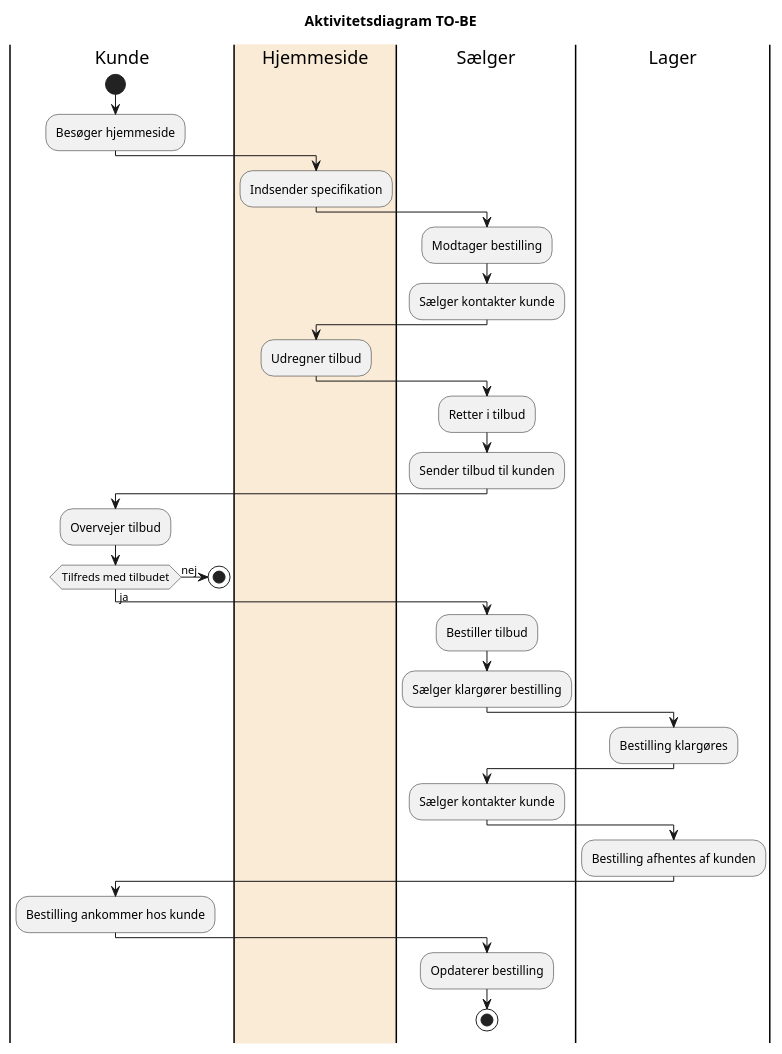
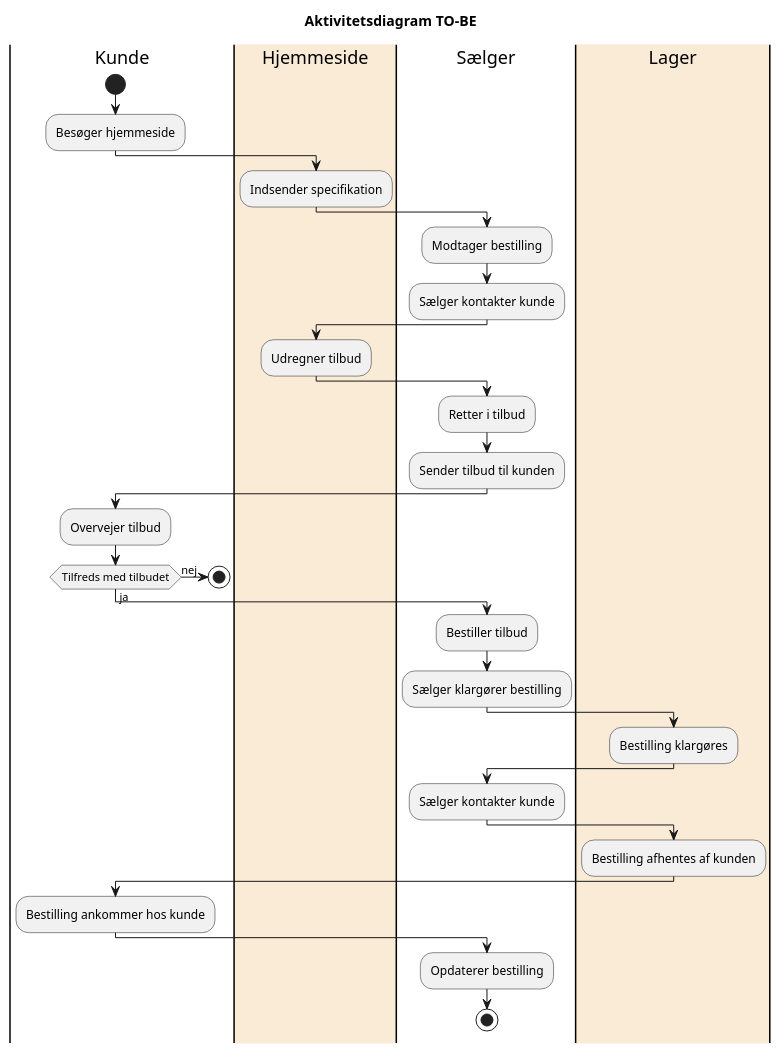
One commit to codergram/Fog changed the diagram in src/main/UML/CupCake_Activity_TO-BE.puml. Above: the diagram before and after it, drawn with PlantUML. The commit also changed 4 other files, not shown here.

Commit message:
aktivitest diagrammer

```diff
--- a/src/main/UML/CupCake_Activity_TO-BE.puml
+++ b/src/main/UML/CupCake_Activity_TO-BE.puml
@@ -1,60 +1,60 @@
 @startuml
 Title Aktivitetsdiagram TO-BE
 
 |Kunde|
 start
 :Besøger hjemmeside;
 
 |#AntiqueWhite|Hjemmeside|
 :Indsender specifikation;
 
 |Sælger|
 :Modtager bestilling;
 :Sælger kontakter kunde;
 
 |#AntiqueWhite|Hjemmeside|
 :Udregner tilbud;
 
 |Sælger|
 :Retter i tilbud;
 :Sender tilbud til kunden;
 
 |Kunde|
 :Overvejer tilbud;
     if (Tilfreds med tilbudet) equals (nej) then
 '    |Sælger|
 '    :Afviser tilbud;
 '
 '    |Sælger|
 '    :Sælger får afvisning og opsøger
 '    kunden på ny mht. et evt. ny tilbud;
     stop
 
     else (ja)
     |Sælger|
     :Bestiller tilbud;
     :Sælger klargører bestilling;
 
-    |Lager|
+    |#AntiqueWhite|Lager|
     :Bestilling klargøres;
 
     |Sælger|
     :Sælger kontakter kunde;
 
-    |Lager|
+    |#AntiqueWhite|Lager|
     :Bestilling afhentes af kunden;
 
     |Kunde|
     :Bestilling ankommer hos kunde;
 
     |Sælger|
     :Opdaterer bestilling;
     stop
 
 
 
 
 
 
 
 @enduml
```
